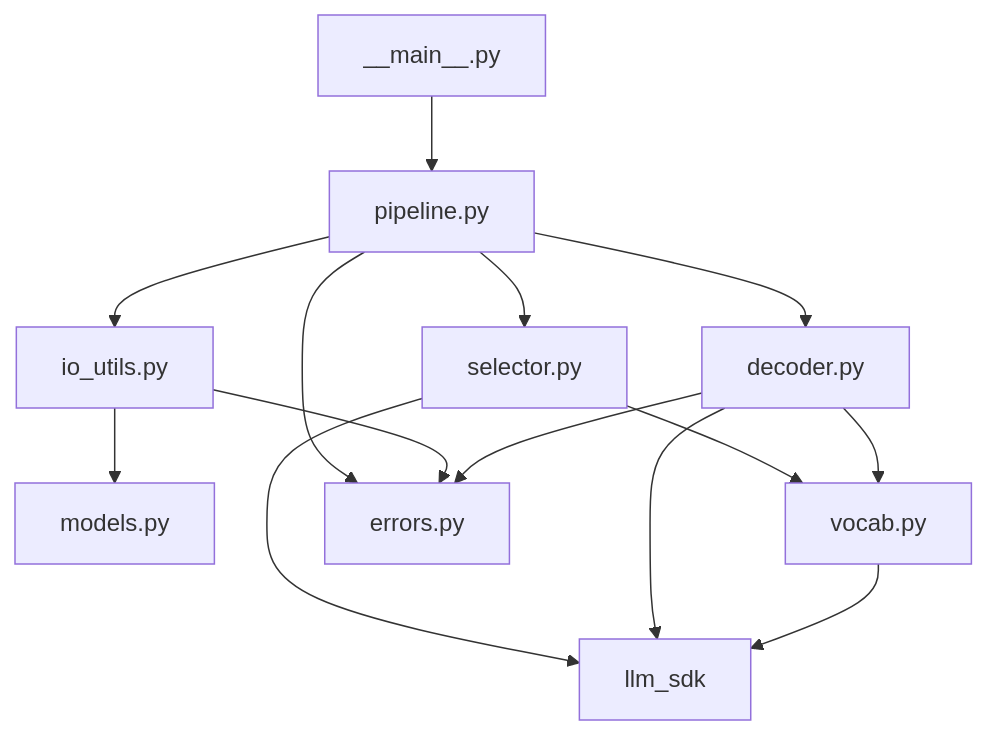
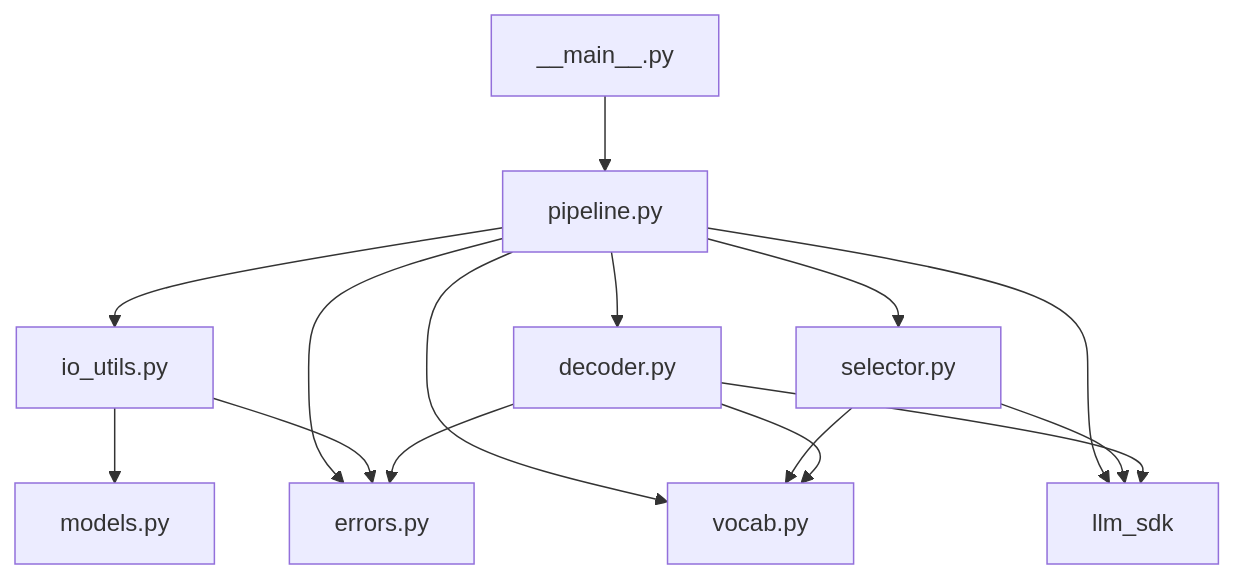
One commit to kamurai42tokyo/Call_Me_Maybe changed the first of 2 diagrams in design/方式設計.md. Above: the diagram before and after it, drawn with Mermaid. The commit also changed other lines of this file and 34 other files, not shown here.

````diff
--- a/design/方式設計.md
+++ b/design/方式設計.md
@@ -71,16 +81,17 @@
 ```mermaid
 graph TD
     main[__main__.py] --> pipeline[pipeline.py]
     pipeline --> io[io_utils.py]
     pipeline --> selector[selector.py]
     pipeline --> decoder[decoder.py]
     io --> models[models.py]
-    selector --> vocab[vocab.py]
+    pipeline --> vocab[vocab.py]
+    pipeline --> sdk[llm_sdk]
+    selector --> vocab
     decoder --> vocab
-    selector --> sdk[llm_sdk]
+    selector --> sdk
     decoder --> sdk
-    vocab --> sdk
     pipeline --> errors[errors.py]
     io --> errors
     decoder --> errors
 ```
````
